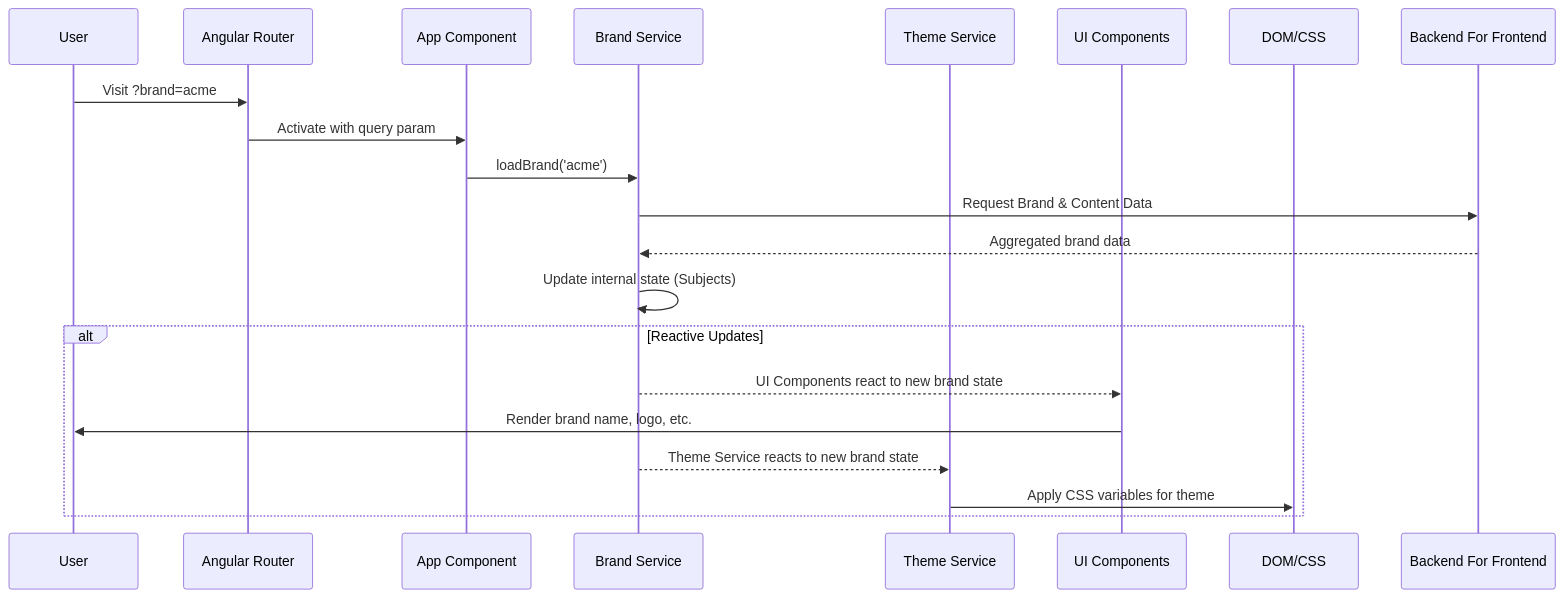
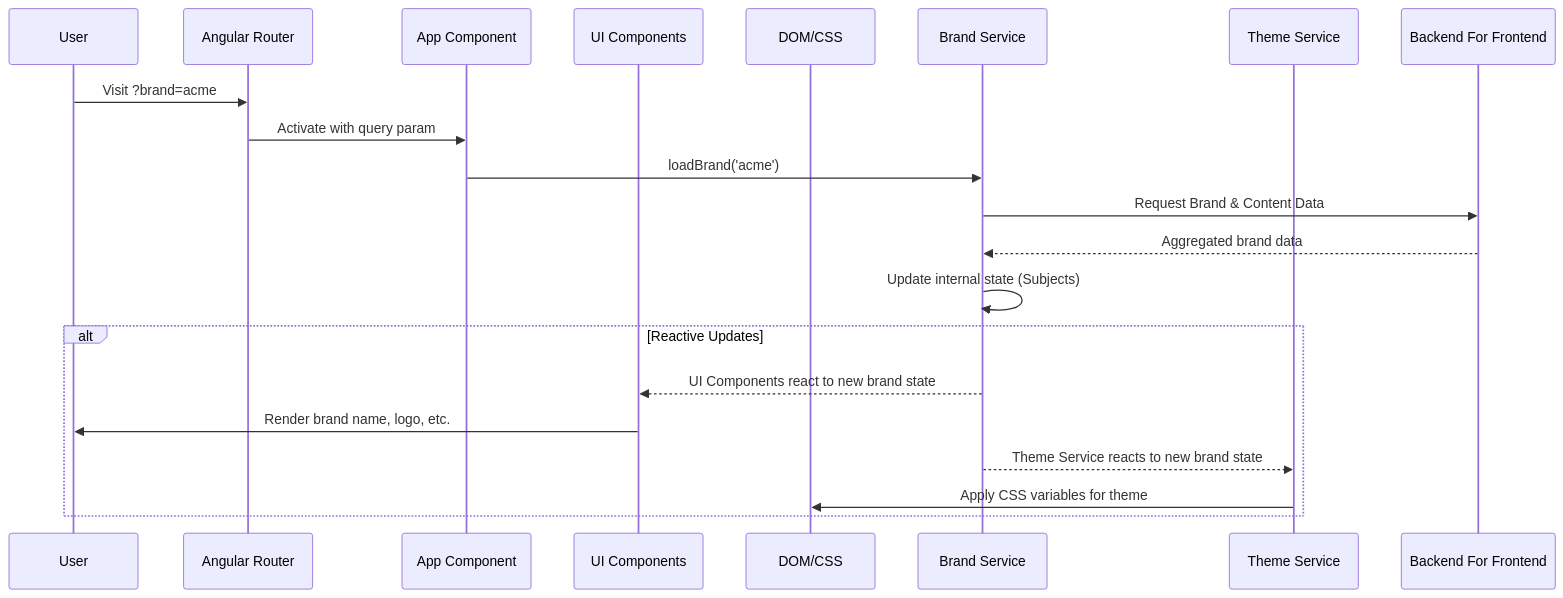
One commit to taji/ng-multi-brand changed the second of 2 diagrams in architecture/architecture.md. Above: the diagram before and after it, drawn with Mermaid. The commit also changed other lines of this file, not shown here.

````diff
--- a/architecture/architecture.md
+++ b/architecture/architecture.md
@@ -58,26 +47,26 @@
 ```mermaid
 sequenceDiagram
     participant U as User
     participant R as Angular Router
     participant A as App Component
+    participant UI as UI Components
+    participant DOM as DOM/CSS
     participant BS as Brand Service
     participant TS as Theme Service
-    participant UI as UI Components
-    participant DOM as DOM/CSS
     participant BFF as Backend For Frontend
 
     U->>R: Visit ?brand=acme
     R->>A: Activate with query param
     A->>BS: loadBrand('acme')
     BS->>BFF: Request Brand & Content Data
     BFF-->>BS: Aggregated brand data
     BS->>BS: Update internal state (Subjects)
 
     alt Reactive Updates
         BS-->>UI: UI Components react to new brand state
         UI->>U: Render brand name, logo, etc.
 
         BS-->>TS: Theme Service reacts to new brand state
         TS->>DOM: Apply CSS variables for theme
     end
 ```
````
